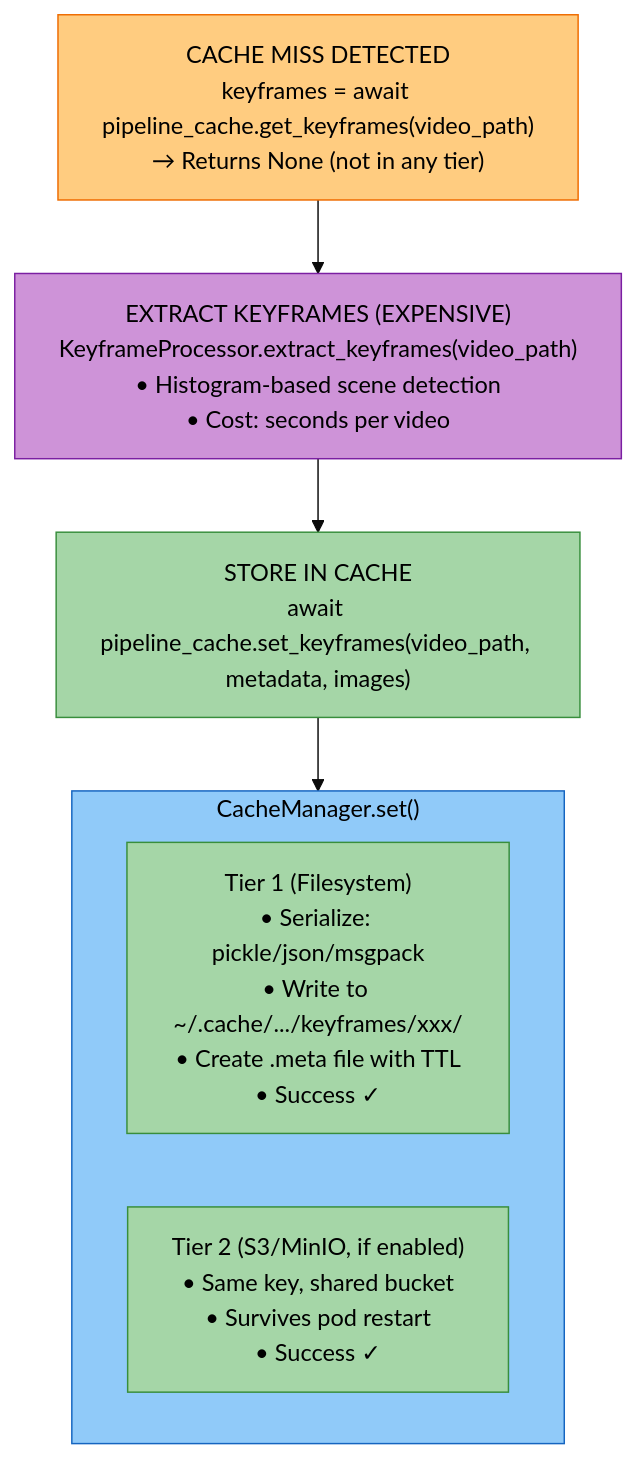
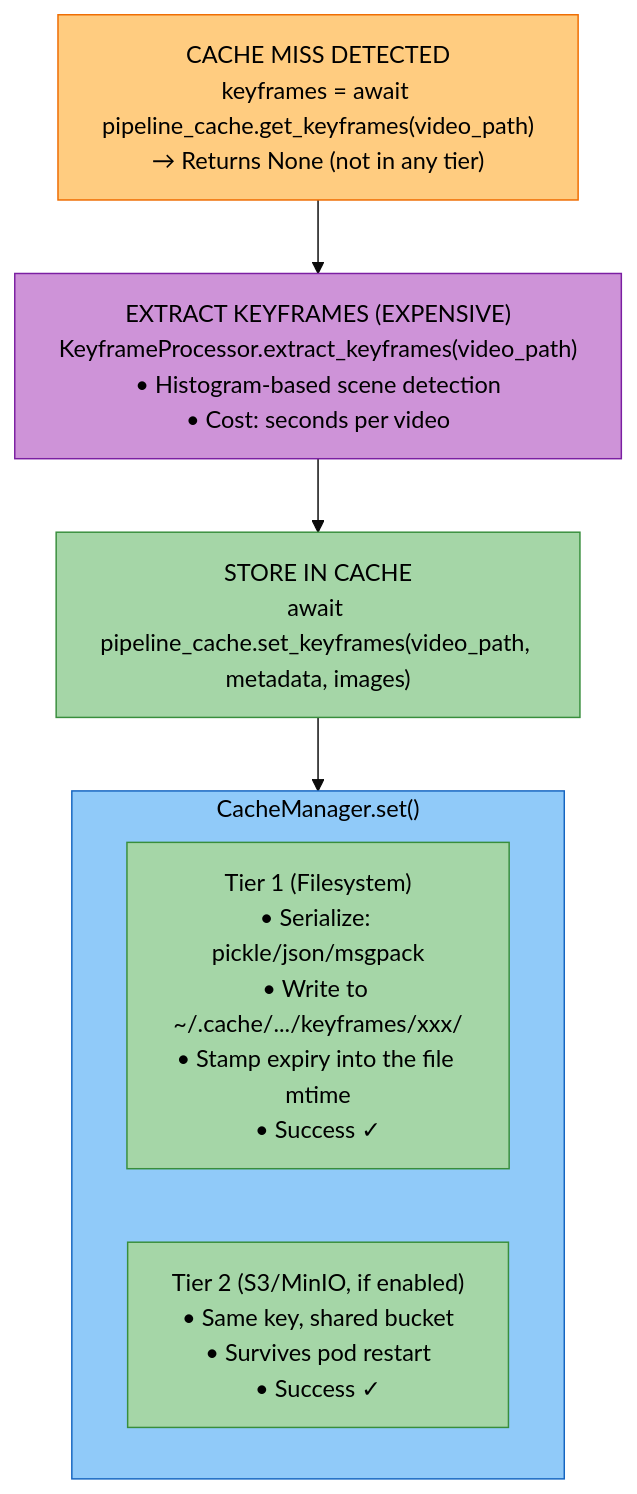
One commit to amit-jain/cogniverse changed the fifth of 5 diagrams in docs/modules/cache.md. Above: the diagram before and after it, drawn with Mermaid (base theme). The commit also changed other lines of this file and 2 other files, not shown here.

Commit message:
Encode cache expiry in file mtime instead of meta sidecar

````diff
--- a/docs/modules/cache.md
+++ b/docs/modules/cache.md
@@ -1552,24 +1542,24 @@
 ```mermaid
 flowchart TB
     Miss["<span style='color:#000'>CACHE MISS DETECTED<br/>keyframes = await pipeline_cache.get_keyframes(video_path)<br/>→ Returns None (not in any tier)</span>"]
 
     Compute["<span style='color:#000'>EXTRACT KEYFRAMES (EXPENSIVE)<br/>KeyframeProcessor.extract_keyframes(video_path)<br/>• Histogram-based scene detection<br/>• Cost: seconds per video</span>"]
 
     Store["<span style='color:#000'>STORE IN CACHE<br/>await pipeline_cache.set_keyframes(video_path, metadata, images)</span>"]
 
     subgraph CacheManager["<span style='color:#000'>CacheManager.set()</span>"]
-        Tier1["<span style='color:#000'>Tier 1 (Filesystem)<br/>• Serialize: pickle/json/msgpack<br/>• Write to ~/.cache/.../keyframes/xxx/<br/>• Create .meta file with TTL<br/>• Success ✓</span>"]
+        Tier1["<span style='color:#000'>Tier 1 (Filesystem)<br/>• Serialize: pickle/json/msgpack<br/>• Write to ~/.cache/.../keyframes/xxx/<br/>• Stamp expiry into the file mtime<br/>• Success ✓</span>"]
         Tier2["<span style='color:#000'>Tier 2 (S3/MinIO, if enabled)<br/>• Same key, shared bucket<br/>• Survives pod restart<br/>• Success ✓</span>"]
     end
 
     Miss --> Compute
     Compute --> Store
     Store --> CacheManager
 
     style Miss fill:#ffcc80,stroke:#ef6c00,color:#000
     style Compute fill:#ce93d8,stroke:#7b1fa2,color:#000
     style Store fill:#a5d6a7,stroke:#388e3c,color:#000
     style CacheManager fill:#90caf9,stroke:#1565c0,color:#000
     style Tier1 fill:#a5d6a7,stroke:#388e3c,color:#000
     style Tier2 fill:#a5d6a7,stroke:#388e3c,color:#000
 ```
````
